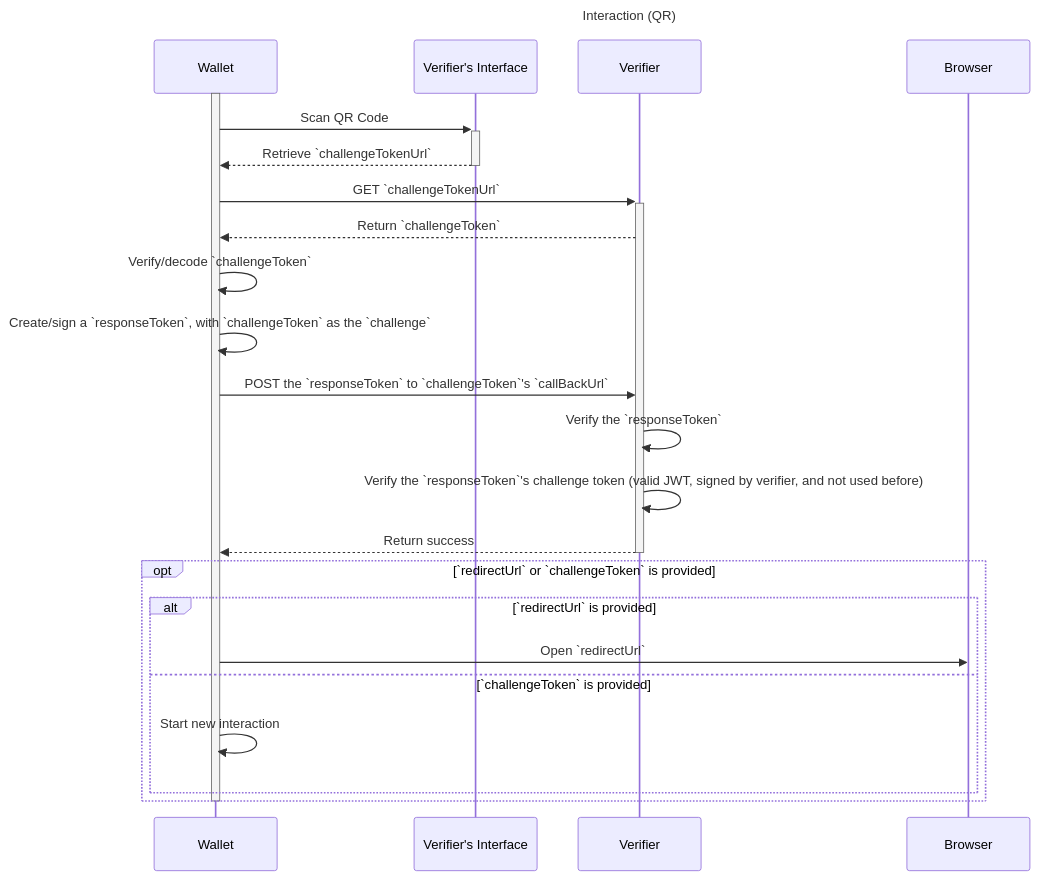
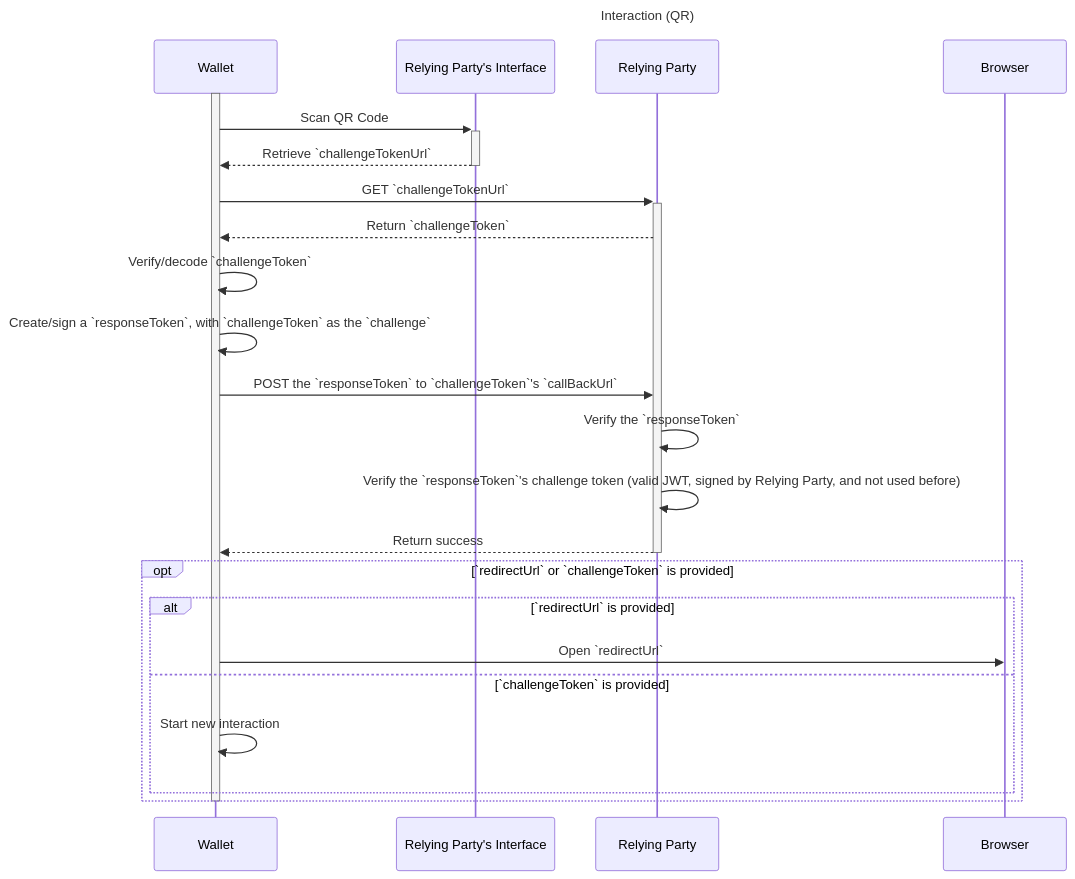
The first of 6 diagrams in spec/spec.md (decentralized-identity/wallet-and-credential-interactions), drawn with Mermaid before and after one commit. The commit also changed other lines of this file, not shown here.

````diff
--- a/spec/spec.md
+++ b/spec/spec.md
@@ -185,30 +185,30 @@
 ```mermaid
 sequenceDiagram
   title: Interaction (QR)
 
   activate Wallet
 
-  Wallet ->>+ Verifier's Interface: Scan QR Code
-  Verifier's Interface -->>- Wallet: Retrieve `challengeTokenUrl`
+  Wallet ->>+ Relying Party's Interface: Scan QR Code
+  Relying Party's Interface -->>- Wallet: Retrieve `challengeTokenUrl`
 
-  Wallet ->>+ Verifier: GET `challengeTokenUrl`
-  Verifier -->> Wallet: Return `challengeToken`
+  Wallet ->>+ Relying Party: GET `challengeTokenUrl`
+  Relying Party -->> Wallet: Return `challengeToken`
 
   Wallet ->> Wallet: Verify/decode `challengeToken`
   Wallet ->> Wallet: Create/sign a `responseToken`, with `challengeToken` as the `challenge`
 
-  Wallet ->> Verifier: POST the `responseToken` to `challengeToken`'s `callBackUrl`
-  Verifier ->> Verifier: Verify the `responseToken`
-  Verifier ->> Verifier: Verify the `responseToken`'s challenge token (valid JWT, signed by verifier, and not used before)
-  Verifier -->>- Wallet: Return success
+  Wallet ->> Relying Party: POST the `responseToken` to `challengeToken`'s `callBackUrl`
+  Relying Party ->> Relying Party: Verify the `responseToken`
+  Relying Party ->> Relying Party: Verify the `responseToken`'s challenge token (valid JWT, signed by Relying Party, and not used before)
+  Relying Party -->>- Wallet: Return success
 
   opt `redirectUrl` or `challengeToken` is provided
     alt `redirectUrl` is provided
       Wallet ->> Browser: Open `redirectUrl`
     else `challengeToken` is provided
       Wallet ->> Wallet: Start new interaction
     end
   end
 
   deactivate Wallet
 ```
````
